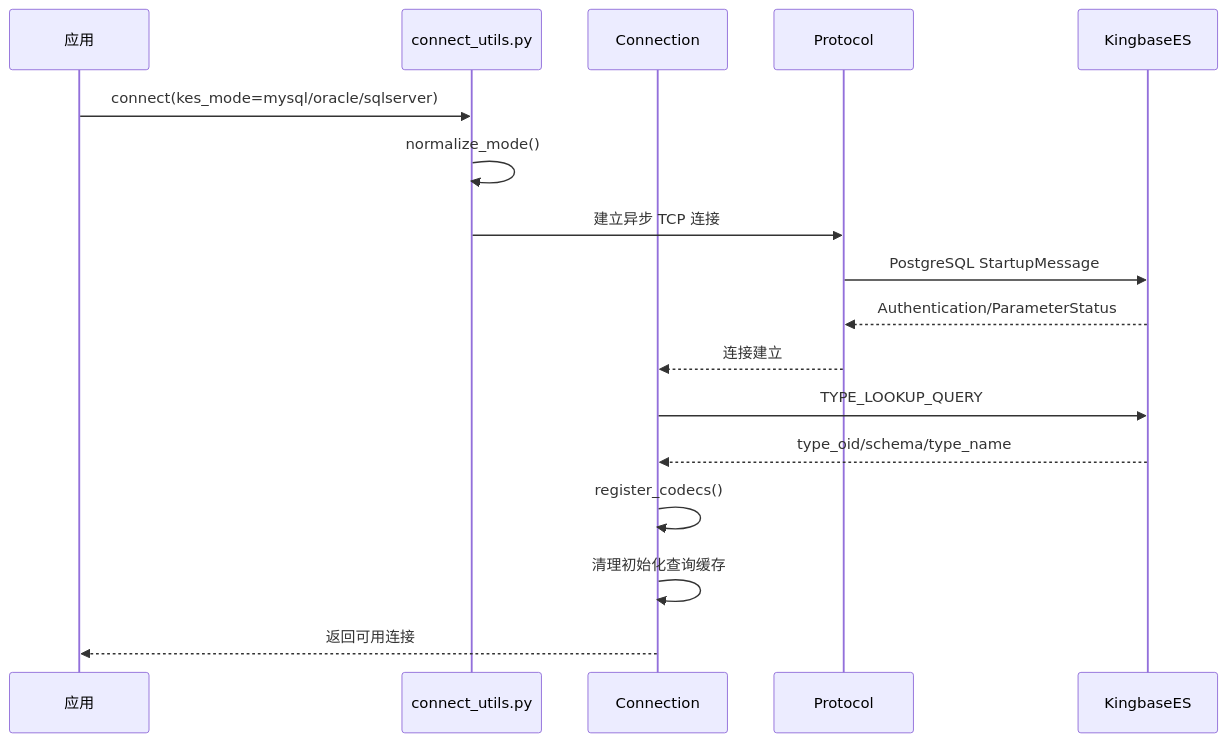
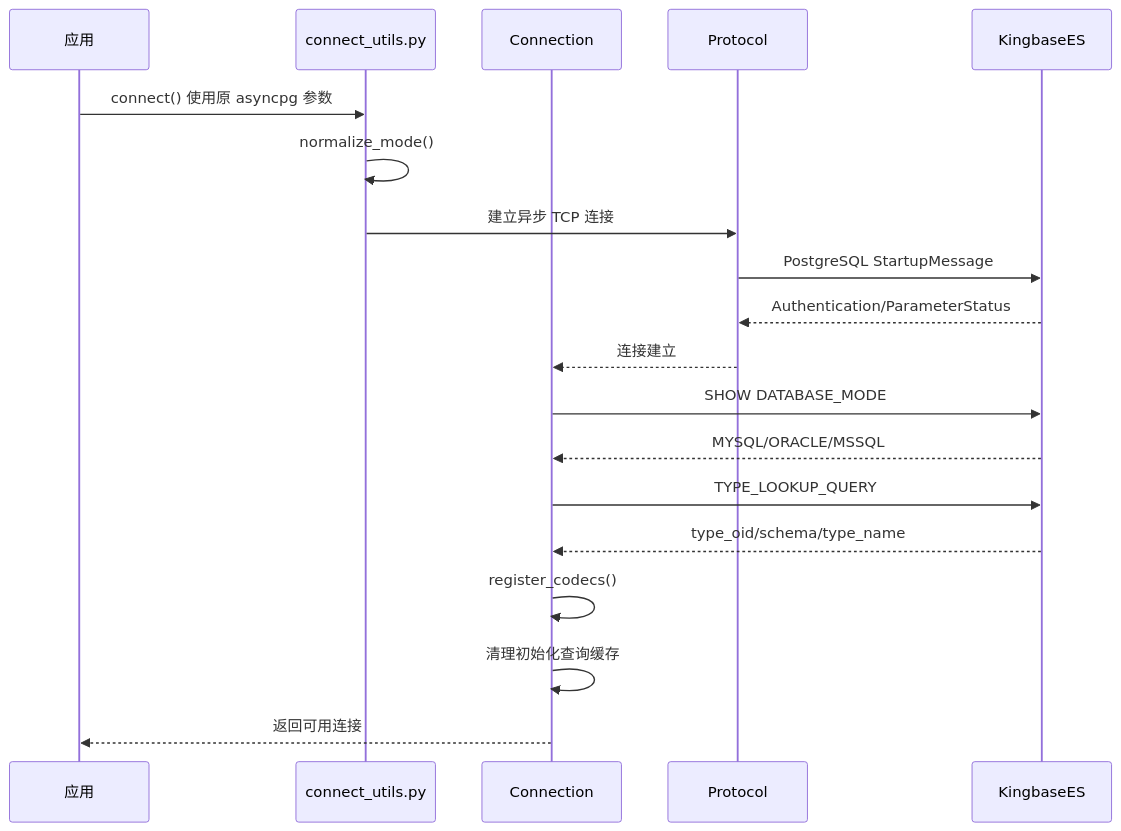
The second of 5 diagrams in docs/asyncpg-KES三模式适配架构总结.md (198lma/asynckb), drawn with Mermaid before and after one commit. The commit also changed other lines of this file and 13 other files, not shown here.

Commit message:
Add automatic KES mode detection and user manual

````diff
--- a/docs/asyncpg-KES三模式适配架构总结.md
+++ b/docs/asyncpg-KES三模式适配架构总结.md
@@ -121,20 +121,22 @@
 ```mermaid
 sequenceDiagram
     participant App as 应用
     participant Utils as connect_utils.py
     participant Conn as Connection
     participant Proto as Protocol
     participant KES as KingbaseES
 
-    App->>Utils: connect(kes_mode=mysql/oracle/sqlserver)
+    App->>Utils: connect() 使用原 asyncpg 参数
     Utils->>Utils: normalize_mode()
     Utils->>Proto: 建立异步 TCP 连接
     Proto->>KES: PostgreSQL StartupMessage
     KES-->>Proto: Authentication/ParameterStatus
     Proto-->>Conn: 连接建立
+    Conn->>KES: SHOW DATABASE_MODE
+    KES-->>Conn: MYSQL/ORACLE/MSSQL
     Conn->>KES: TYPE_LOOKUP_QUERY
     KES-->>Conn: type_oid/schema/type_name
     Conn->>Conn: register_codecs()
     Conn->>Conn: 清理初始化查询缓存
     Conn-->>App: 返回可用连接
 ```
````
